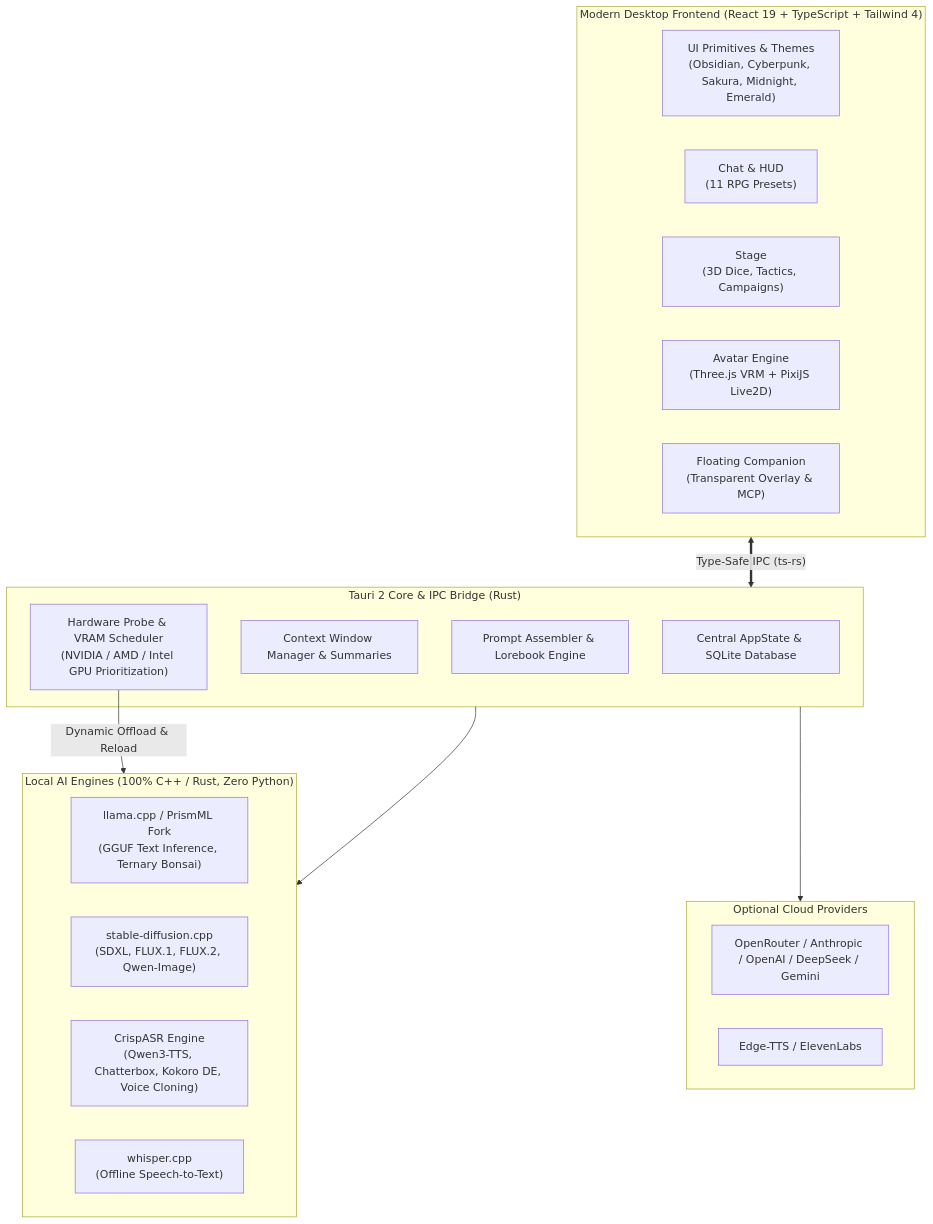
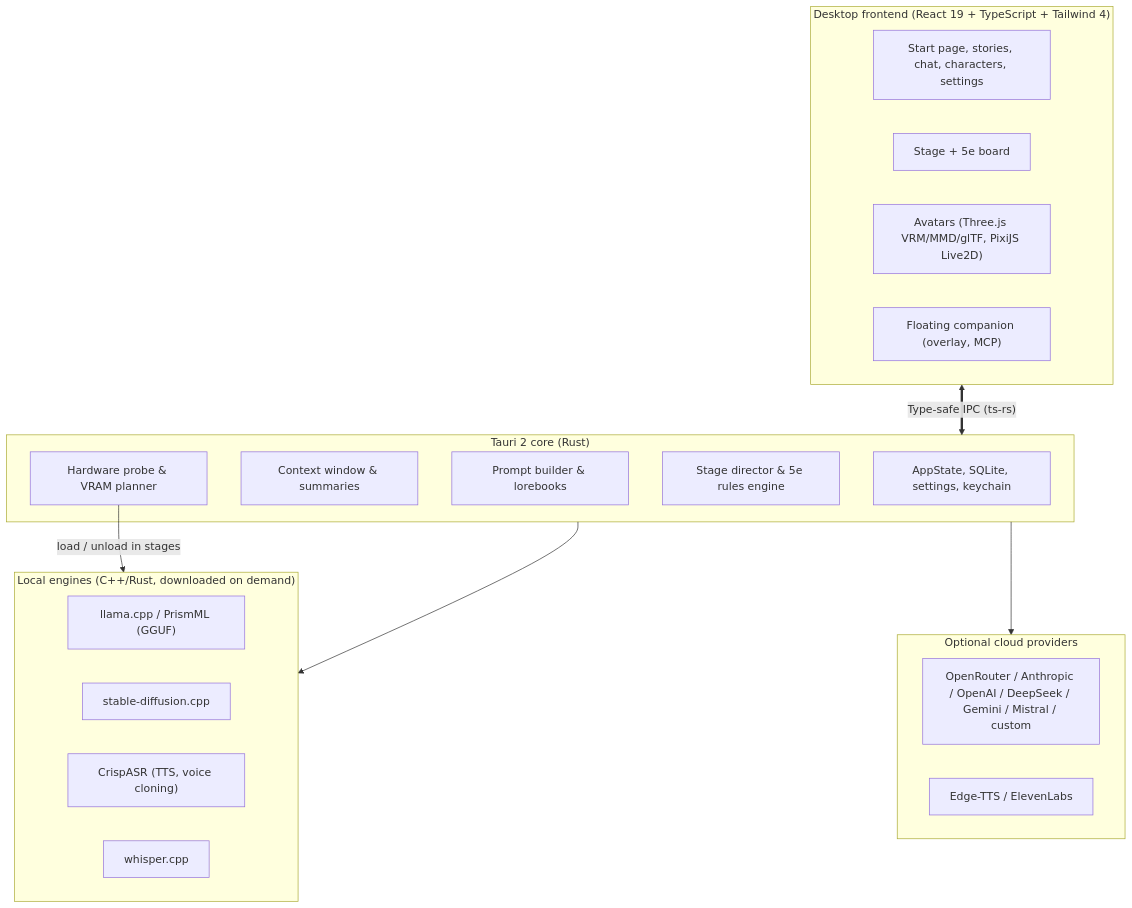
The first of 2 diagrams in README.md (SnowwhiteOakheart/OtakuSoul), drawn with Mermaid before and after one commit. The commit also changed other lines of this file and 45 other files, not shown here.

````diff
--- a/README.md
+++ b/README.md
@@ -166,34 +188,34 @@
 ```mermaid
 flowchart TD
-    subgraph Frontend["Modern Desktop Frontend (React 19 + TypeScript + Tailwind 4)"]
-        UI["UI Primitives & Themes\n(Obsidian, Cyberpunk, Sakura, Midnight, Emerald)"]
-        ChatUI["Chat & HUD\n(11 RPG Presets)"]
-        StageUI["Stage\n(3D Dice, Tactics, Campaigns)"]
-        AvatarUI["Avatar Engine\n(Three.js VRM + PixiJS Live2D)"]
-        CompanionUI["Floating Companion\n(Transparent Overlay & MCP)"]
+    subgraph Frontend["Desktop frontend (React 19 + TypeScript + Tailwind 4)"]
+        UI["Start page, stories, chat, characters, settings"]
+        StageUI["Stage + 5e board"]
+        AvatarUI["Avatars (Three.js VRM/MMD/glTF, PixiJS Live2D)"]
+        CompanionUI["Floating companion (overlay, MCP)"]
     end
 
-    subgraph TauriCore["Tauri 2 Core & IPC Bridge (Rust)"]
-        State["Central AppState & SQLite Database"]
-        ContextMgr["Context Window Manager & Summaries"]
-        PromptBuilder["Prompt Assembler & Lorebook Engine"]
-        HardwareSched["Hardware Probe & VRAM Scheduler\n(NVIDIA / AMD / Intel GPU Prioritization)"]
+    subgraph TauriCore["Tauri 2 core (Rust)"]
+        State["AppState, SQLite, settings, keychain"]
+        ContextMgr["Context window & summaries"]
+        PromptBuilder["Prompt builder & lorebooks"]
+        Rules["Stage director & 5e rules engine"]
+        HardwareSched["Hardware probe & VRAM planner"]
     end
 
-    subgraph LocalEngines["Local AI Engines (100% C++ / Rust, Zero Python)"]
-        Llama["llama.cpp / PrismML Fork\n(GGUF Text Inference, Ternary Bonsai)"]
-        SD["stable-diffusion.cpp\n(SDXL, FLUX.1, FLUX.2, Qwen-Image)"]
-        Crisp["CrispASR Engine\n(Qwen3-TTS, Chatterbox, Kokoro DE, Voice Cloning)"]
-        Whisper["whisper.cpp\n(Offline Speech-to-Text)"]
+    subgraph LocalEngines["Local engines (C++/Rust, downloaded on demand)"]
+        Llama["llama.cpp / PrismML (GGUF)"]
+        SD["stable-diffusion.cpp"]
+        Crisp["CrispASR (TTS, voice cloning)"]
+        Whisper["whisper.cpp"]
     end
 
-    subgraph CloudGateways["Optional Cloud Providers"]
-        CloudLLM["OpenRouter / Anthropic / OpenAI / DeepSeek / Gemini"]
+    subgraph Cloud["Optional cloud providers"]
+        CloudLLM["OpenRouter / Anthropic / OpenAI / DeepSeek / Gemini / Mistral / custom"]
         CloudTTS["Edge-TTS / ElevenLabs"]
     end
 
-    Frontend <==>|"Type-Safe IPC (ts-rs)"| TauriCore
-    HardwareSched -->|"Dynamic Offload & Reload"| LocalEngines
+    Frontend <==>|"Type-safe IPC (ts-rs)"| TauriCore
+    HardwareSched -->|"load / unload in stages"| LocalEngines
     TauriCore --> LocalEngines
-    TauriCore --> CloudGateways
+    TauriCore --> Cloud
 ```
````
